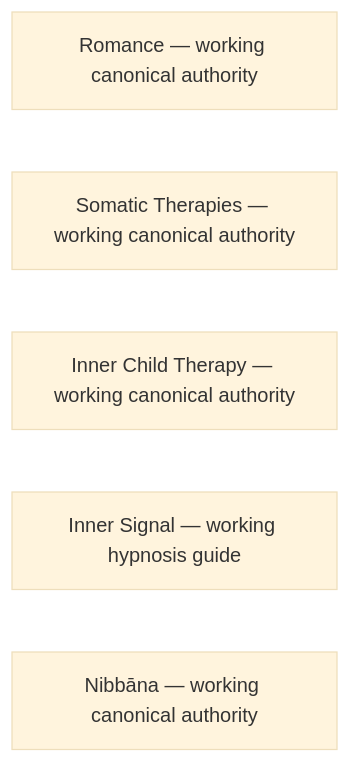
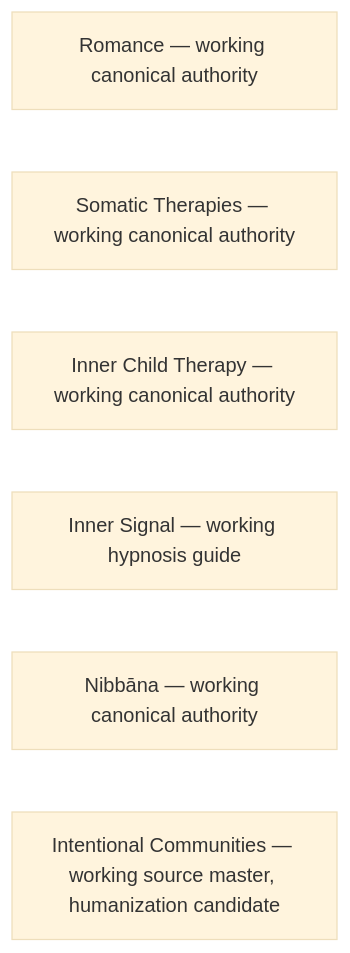
The diagram in ARTICLE-META-MAP.md (u-dont-existDOTcom/joel-articles), drawn with Mermaid (base theme) before and after one commit. The commit also changed other lines of this file and 4221 other files, not shown here.

````diff
--- a/ARTICLE-META-MAP.md
+++ b/ARTICLE-META-MAP.md
@@ -11,8 +12,9 @@
 ```mermaid
 flowchart LR
     romance["Romance — working canonical authority"]
     somatic["Somatic Therapies — working canonical authority"]
     innerchild["Inner Child Therapy — working canonical authority"]
     hypnosis["Inner Signal — working hypnosis guide"]
     nibbana["Nibbāna — working canonical authority"]
+    communities["Intentional Communities — working source master, humanization candidate"]
 ```
````
